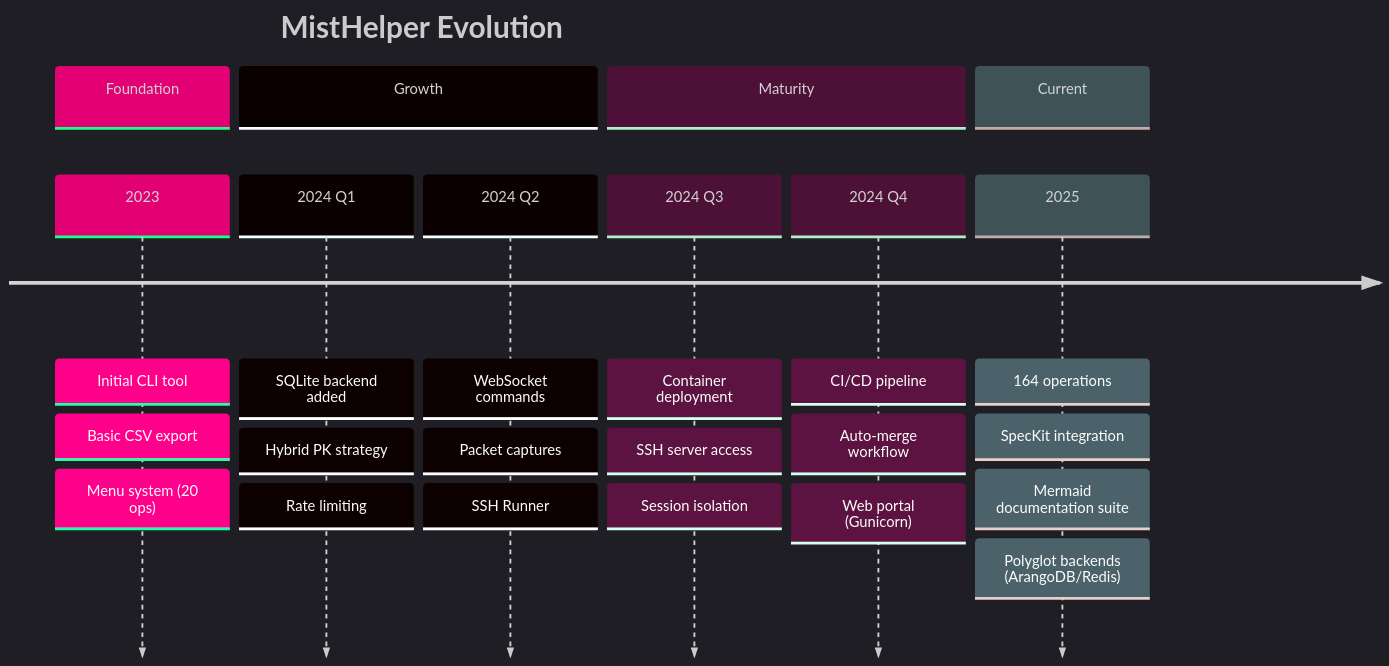
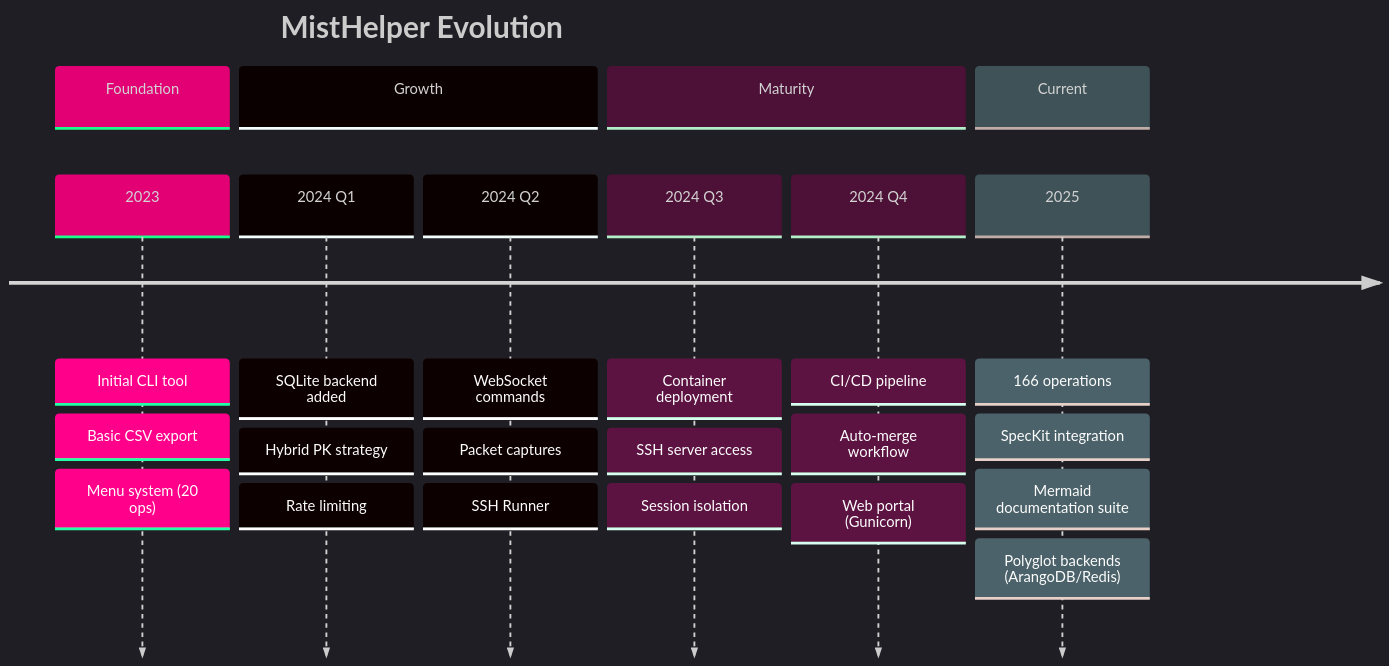
Before and after one commit to jmorrison-juniper/MistHelper: the fifth of 5 diagrams in documentation/diagrams/operations/metrics-and-analytics.md, drawn with Mermaid. The commit also changed other lines of this file and 6 other files, not shown here.

````diff
--- a/documentation/diagrams/operations/metrics-and-analytics.md
+++ b/documentation/diagrams/operations/metrics-and-analytics.md
@@ -149,36 +149,36 @@
 ```mermaid
 %%{init: {'theme': 'dark', 'themeVariables': {
   'primaryColor': '#E20074',
   'primaryTextColor': '#E0E0E0',
   'primaryBorderColor': '#99004D',
   'lineColor': '#FF4DA6',
   'secondaryColor': '#16213E',
   'tertiaryColor': '#1A1A2E',
   'fontFamily': 'ui-monospace, monospace'
 }}}%%
 timeline
     title MistHelper Evolution
     section Foundation
         2023 : Initial CLI tool
              : Basic CSV export
              : Menu system (20 ops)
     section Growth
         2024 Q1 : SQLite backend added
                 : Hybrid PK strategy
                 : Rate limiting
         2024 Q2 : WebSocket commands
                 : Packet captures
                 : SSH Runner
     section Maturity
         2024 Q3 : Container deployment
                 : SSH server access
                 : Session isolation
         2024 Q4 : CI/CD pipeline
                 : Auto-merge workflow
                 : Web portal (Gunicorn)
     section Current
-        2025 : 164 operations
+        2025 : 166 operations
              : SpecKit integration
              : Mermaid documentation suite
              : Polyglot backends (ArangoDB/Redis)
 ```
````
